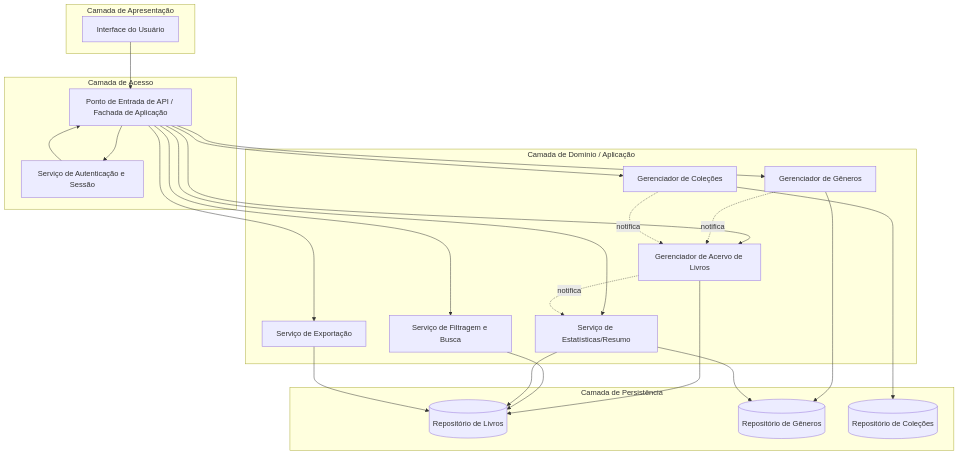
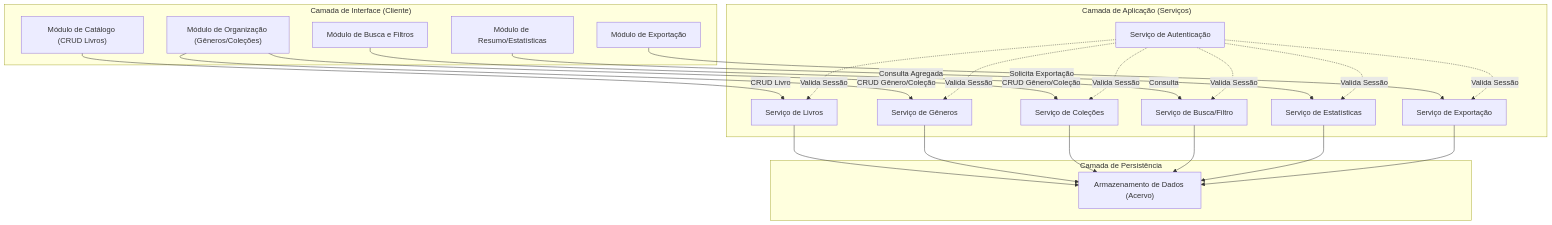
Before and after one commit to PDC-ESIA/AI4ES: the first of 4 diagrams in docs/Time_2_Design/analise-qualitativa/outputs/relatorio_claude_sonnet_5_P04.md, drawn with Mermaid. The commit also changed other lines of this file and 107 other files, not shown here.

````diff
--- a/docs/Time_2_Design/analise-qualitativa/outputs/relatorio_claude_sonnet_5_P04.md
+++ b/docs/Time_2_Design/analise-qualitativa/outputs/relatorio_claude_sonnet_5_P04.md
@@ -29,48 +29,45 @@
 ```mermaid
-graph TB
-    subgraph Cliente["Camada de Apresentação"]
-        UI[Interface do Usuário]
+flowchart TB
+    subgraph Cliente["Camada de Interface (Cliente)"]
+        UI_Catalogo["Módulo de Catálogo (CRUD Livros)"]
+        UI_Organizacao["Módulo de Organização (Gêneros/Coleções)"]
+        UI_Busca["Módulo de Busca e Filtros"]
+        UI_Resumo["Módulo de Resumo/Estatísticas"]
+        UI_Export["Módulo de Exportação"]
     end
 
-    subgraph Gateway["Camada de Acesso"]
-        AUTH[Serviço de Autenticação e Sessão]
-        API[Ponto de Entrada de API / Fachada de Aplicação]
+    subgraph Backend["Camada de Aplicação (Serviços)"]
+        AuthService["Serviço de Autenticação"]
+        BookService["Serviço de Livros"]
+        GenreService["Serviço de Gêneros"]
+        CollectionService["Serviço de Coleções"]
+        SearchService["Serviço de Busca/Filtro"]
+        StatsService["Serviço de Estatísticas"]
+        ExportService["Serviço de Exportação"]
     end
 
-    subgraph Dominio["Camada de Domínio / Aplicação"]
-        LIVRO[Gerenciador de Acervo de Livros]
-        GENERO[Gerenciador de Gêneros]
-        COLECAO[Gerenciador de Coleções]
-        FILTRO[Serviço de Filtragem e Busca]
-        RESUMO[Serviço de Estatísticas/Resumo]
-        EXPORT[Serviço de Exportação]
+    subgraph Persistencia["Camada de Persistência"]
+        DataStore["Armazenamento de Dados (Acervo)"]
     end
 
-    subgraph Persist["Camada de Persistência"]
-        REPO_LIVRO[(Repositório de Livros)]
-        REPO_GEN[(Repositório de Gêneros)]
-        REPO_COL[(Repositório de Coleções)]
-    end
+    UI_Catalogo -->|CRUD Livro| BookService
+    UI_Organizacao -->|CRUD Gênero/Coleção| GenreService
+    UI_Organizacao -->|CRUD Gênero/Coleção| CollectionService
+    UI_Busca -->|Consulta| SearchService
+    UI_Resumo -->|Consulta Agregada| StatsService
+    UI_Export -->|Solicita Exportação| ExportService
 
-    UI --> API
-    API --> AUTH
-    AUTH --> API
-    API --> LIVRO
-    API --> GENERO
-    API --> COLECAO
-    API --> FILTRO
-    API --> RESUMO
-    API --> EXPORT
+    AuthService -.->|Valida Sessão| BookService
+    AuthService -.->|Valida Sessão| GenreService
+    AuthService -.->|Valida Sessão| CollectionService
+    AuthService -.->|Valida Sessão| SearchService
+    AuthService -.->|Valida Sessão| StatsService
+    AuthService -.->|Valida Sessão| ExportService
 
-    LIVRO --> REPO_LIVRO
-    GENERO --> REPO_GEN
-    COLECAO --> REPO_COL
-    FILTRO --> REPO_LIVRO
-    RESUMO --> REPO_LIVRO
-    RESUMO --> REPO_GEN
-    EXPORT --> REPO_LIVRO
-
-    LIVRO -.notifica.-> RESUMO
-    GENERO -.notifica.-> LIVRO
-    COLECAO -.notifica.-> LIVRO
+    BookService --> DataStore
+    GenreService --> DataStore
+    CollectionService --> DataStore
+    SearchService --> DataStore
+    StatsService --> DataStore
+    ExportService --> DataStore
 ```
````
